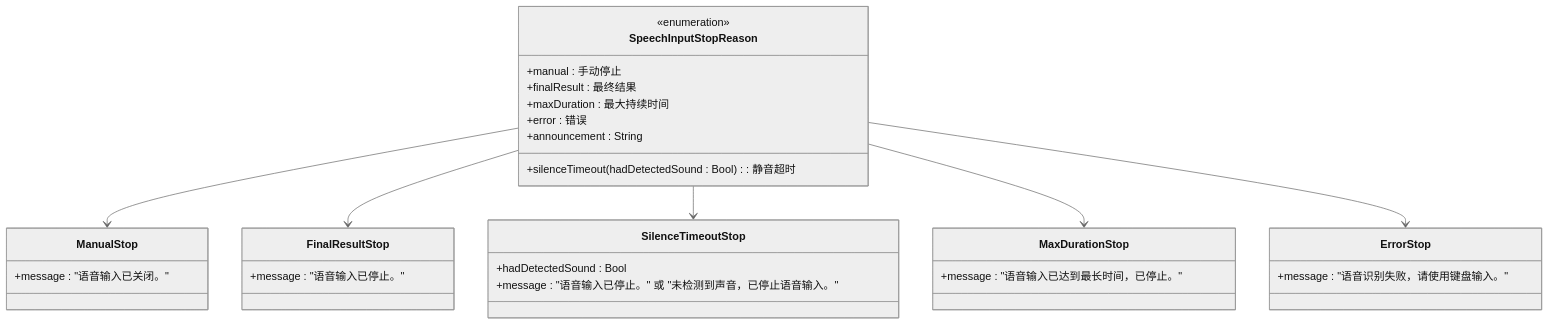
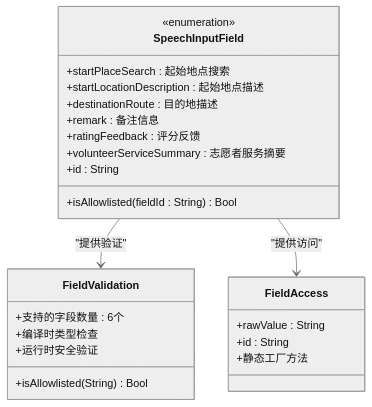
One commit to Jayden23018/blind-run-ios changed the ninth of 13 diagrams in .qoder/repowiki/zh/content/开发指南/编码规范与最佳实践/无障碍开发规范/语音输入集成.md. Above: the diagram before and after it, drawn with Mermaid (neutral theme). The commit also changed other lines of this file and 5 other files, not shown here.

````diff
--- a/.qoder/repowiki/zh/content/开发指南/编码规范与最佳实践/无障碍开发规范/语音输入集成.md
+++ b/.qoder/repowiki/zh/content/开发指南/编码规范与最佳实践/无障碍开发规范/语音输入集成.md
@@ -366,33 +447,27 @@
 ```mermaid
 classDiagram
-class SpeechInputStopReason {
+class SpeechInputField {
 <<enumeration>>
-+manual : 手动停止
-+finalResult : 最终结果
-+silenceTimeout(hadDetectedSound : Bool) : 静音超时
-+maxDuration : 最大持续时间
-+error : 错误
-+announcement : String
++startPlaceSearch : 起始地点搜索
++startLocationDescription : 起始地点描述
++destinationRoute : 目的地描述
++remark : 备注信息
++ratingFeedback : 评分反馈
++volunteerServiceSummary : 志愿者服务摘要
++id : String
++isAllowlisted(fieldId : String) Bool
 }
-class ManualStop {
-+message : "语音输入已关闭。"
+class FieldValidation {
++isAllowlisted(String) Bool
++支持的字段数量 : 6个
++编译时类型检查
++运行时安全验证
 }
-class FinalResultStop {
-+message : "语音输入已停止。"
+class FieldAccess {
++rawValue : String
++id : String
++静态工厂方法
 }
-class SilenceTimeoutStop {
-+hadDetectedSound : Bool
-+message : "语音输入已停止。" 或 "未检测到声音，已停止语音输入。"
-}
-class MaxDurationStop {
-+message : "语音输入已达到最长时间，已停止。"
-}
-class ErrorStop {
-+message : "语音识别失败，请使用键盘输入。"
-}
-SpeechInputStopReason --> ManualStop
-SpeechInputStopReason --> FinalResultStop
-SpeechInputStopReason --> SilenceTimeoutStop
-SpeechInputStopReason --> MaxDurationStop
-SpeechInputStopReason --> ErrorStop
+SpeechInputField --> FieldValidation : "提供验证"
+SpeechInputField --> FieldAccess : "提供访问"
 ```
````
